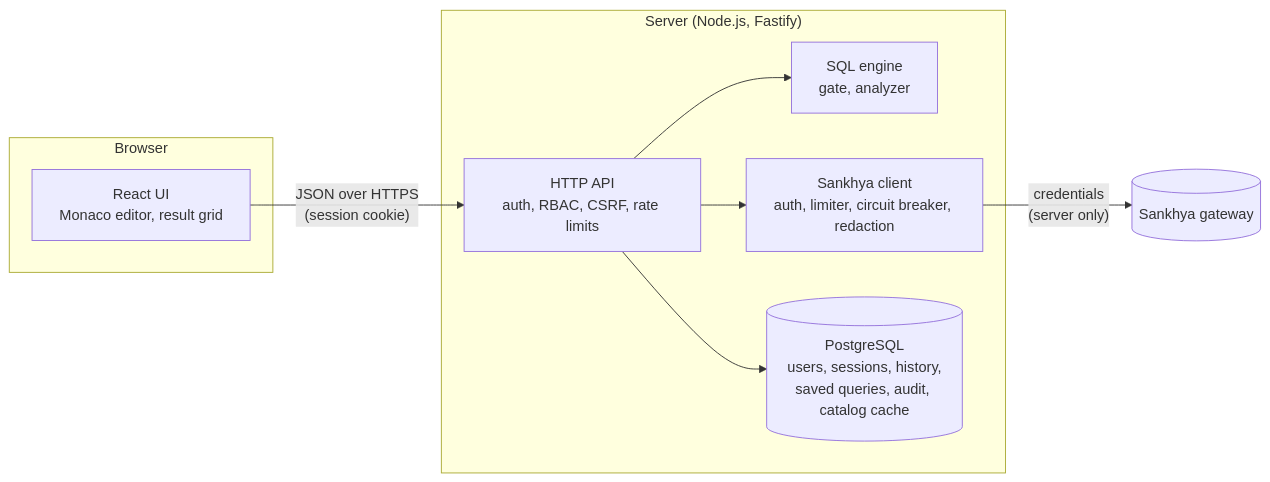
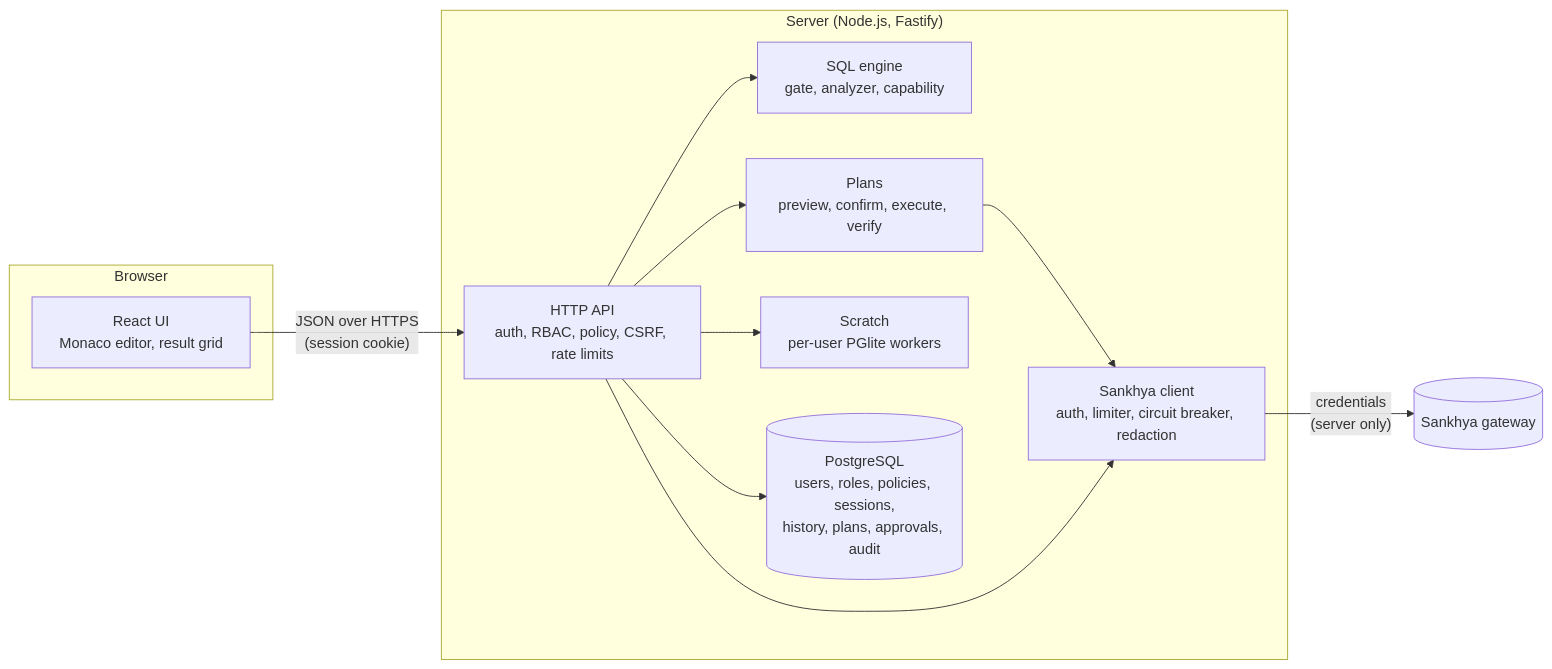
Before and after one commit to Gustavo-Ale07/db-sankhya: the first of 2 diagrams in docs/architecture.md, drawn with Mermaid. The commit also changed other lines of this file and 28 other files, not shown here.

````diff
--- a/docs/architecture.md
+++ b/docs/architecture.md
@@ -8,18 +8,22 @@
 ```mermaid
 flowchart LR
   subgraph Browser
     UI[React UI<br/>Monaco editor, result grid]
   end
   subgraph Server["Server (Node.js, Fastify)"]
-    API[HTTP API<br/>auth, RBAC, CSRF, rate limits]
-    ENG[SQL engine<br/>gate, analyzer]
+    API[HTTP API<br/>auth, RBAC, policy, CSRF, rate limits]
+    ENG[SQL engine<br/>gate, analyzer, capability]
+    MUT[Plans<br/>preview, confirm, execute, verify]
+    SCR[Scratch<br/>per-user PGlite workers]
     SC[Sankhya client<br/>auth, limiter, circuit breaker, redaction]
-    DB[(PostgreSQL<br/>users, sessions, history,<br/>saved queries, audit, catalog cache)]
+    DB[(PostgreSQL<br/>users, roles, policies, sessions,<br/>history, plans, approvals, audit)]
   end
   GW[(Sankhya gateway)]
 
   UI -- "JSON over HTTPS<br/>(session cookie)" --> API
   API --> ENG
+  API --> MUT --> SC
+  API --> SCR
   API --> SC -- "credentials<br/>(server only)" --> GW
   API --> DB
 ```
````
